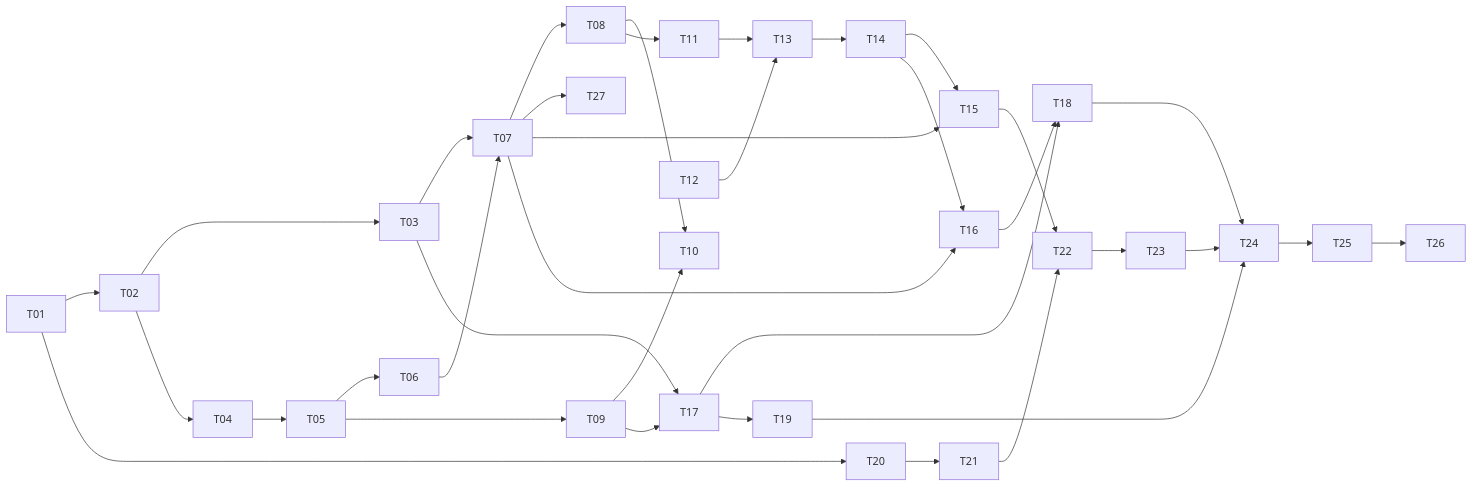
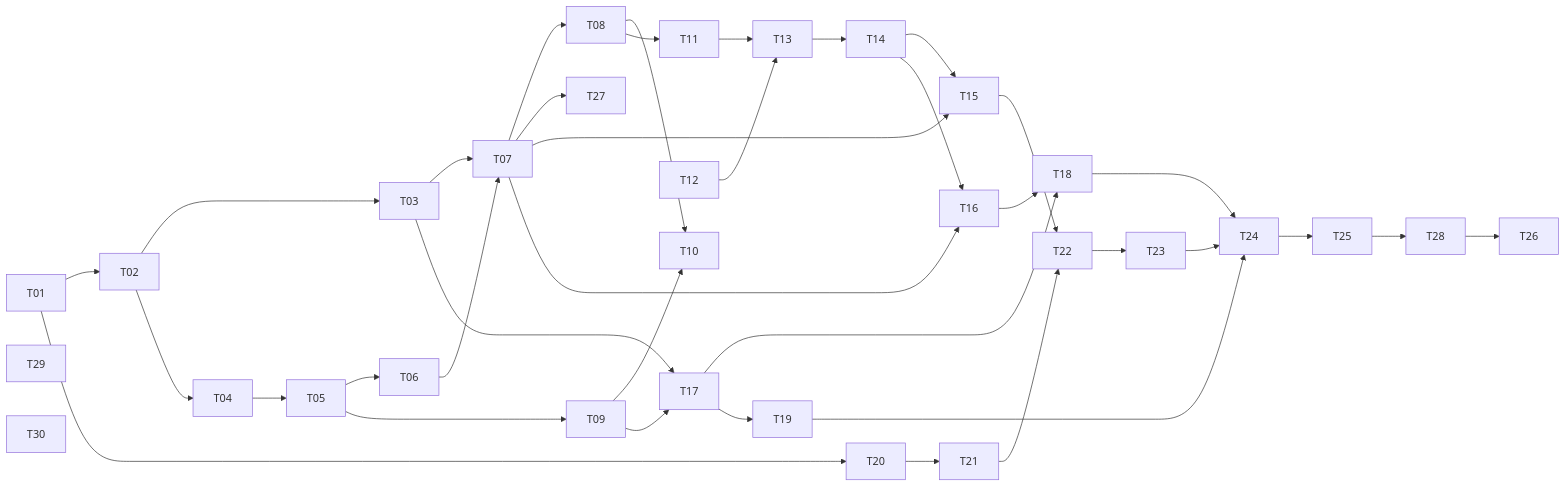
The diagram in task_lists.md (ta-dragon/gitpeek), drawn with Mermaid before and after one commit. The commit also changed other lines of this file and 2 other files, not shown here.

````diff
--- a/task_lists.md
+++ b/task_lists.md
@@ -339,28 +339,30 @@
 ```mermaid
 graph LR
   T01 --> T02
   T02 --> T03
   T02 --> T04
   T04 --> T05 --> T06 --> T07 --> T08
   T07 --> T27
   T03 --> T07
   T05 --> T09 --> T10
   T08 --> T10
   T08 --> T11 --> T13 --> T14
   T12 --> T13
   T14 --> T15
   T14 --> T16
   T07 --> T15
   T07 --> T16
   T09 --> T17
   T03 --> T17
   T17 --> T18
   T16 --> T18
   T17 --> T19
   T01 --> T20 --> T21 --> T22 --> T23
   T15 --> T22
   T18 --> T24
   T19 --> T24
   T23 --> T24
-  T24 --> T25 --> T26
+  T24 --> T25 --> T28 --> T26
+  T29
+  T30
 ```
````
